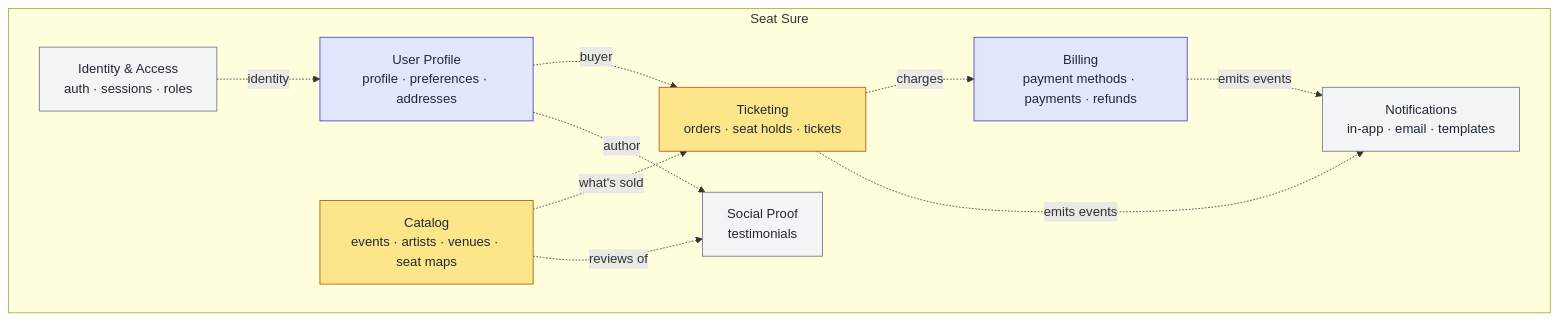
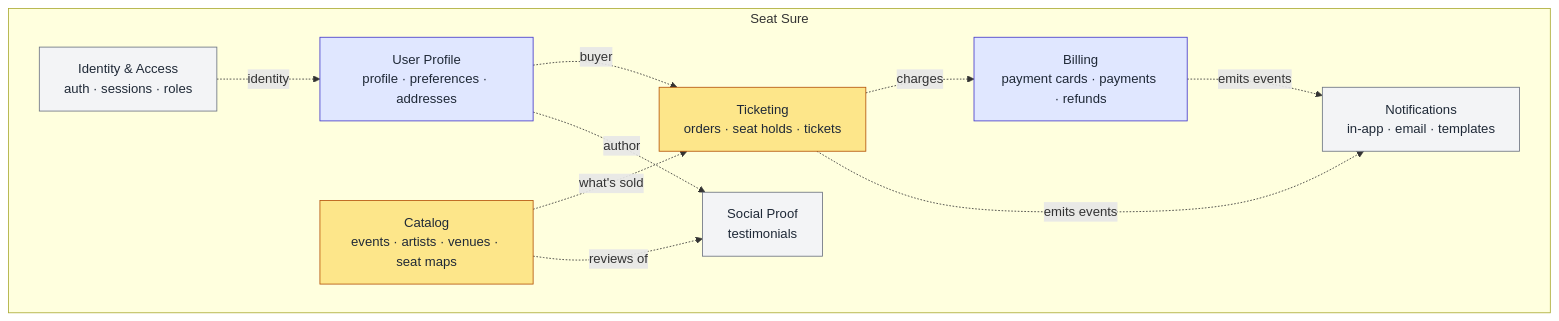
The first of 2 diagrams in docs/architecture/bounded-contexts.md (emanoelvso/seat-sure), drawn with Mermaid before and after one commit. The commit also changed other lines of this file and 4 other files, not shown here.

````diff
--- a/docs/architecture/bounded-contexts.md
+++ b/docs/architecture/bounded-contexts.md
@@ -7,29 +7,29 @@
 ```mermaid
 graph TB
     subgraph "Seat Sure"
         IA[Identity & Access<br/>auth · sessions · roles]
         UP[User Profile<br/>profile · preferences · addresses]
         CAT[Catalog<br/>events · artists · venues · seat maps]
         TKT[Ticketing<br/>orders · seat holds · tickets]
-        BIL[Billing<br/>payment methods · payments · refunds]
+        BIL[Billing<br/>payment cards · payments · refunds]
         SP[Social Proof<br/>testimonials]
         NOT[Notifications<br/>in-app · email · templates]
     end
 
     IA -.identity.-> UP
     UP -.buyer.-> TKT
     CAT -.what's sold.-> TKT
     TKT -.charges.-> BIL
     TKT -.emits events.-> NOT
     BIL -.emits events.-> NOT
     CAT -.reviews of.-> SP
     UP -.author.-> SP
 
     classDef core fill:#fde68a,stroke:#b45309,color:#1f2937
     classDef supporting fill:#e0e7ff,stroke:#4338ca,color:#1f2937
     classDef generic fill:#f3f4f6,stroke:#6b7280,color:#1f2937
 
     class TKT,CAT core
     class UP,BIL supporting
     class SP,NOT,IA generic
 ```
````
